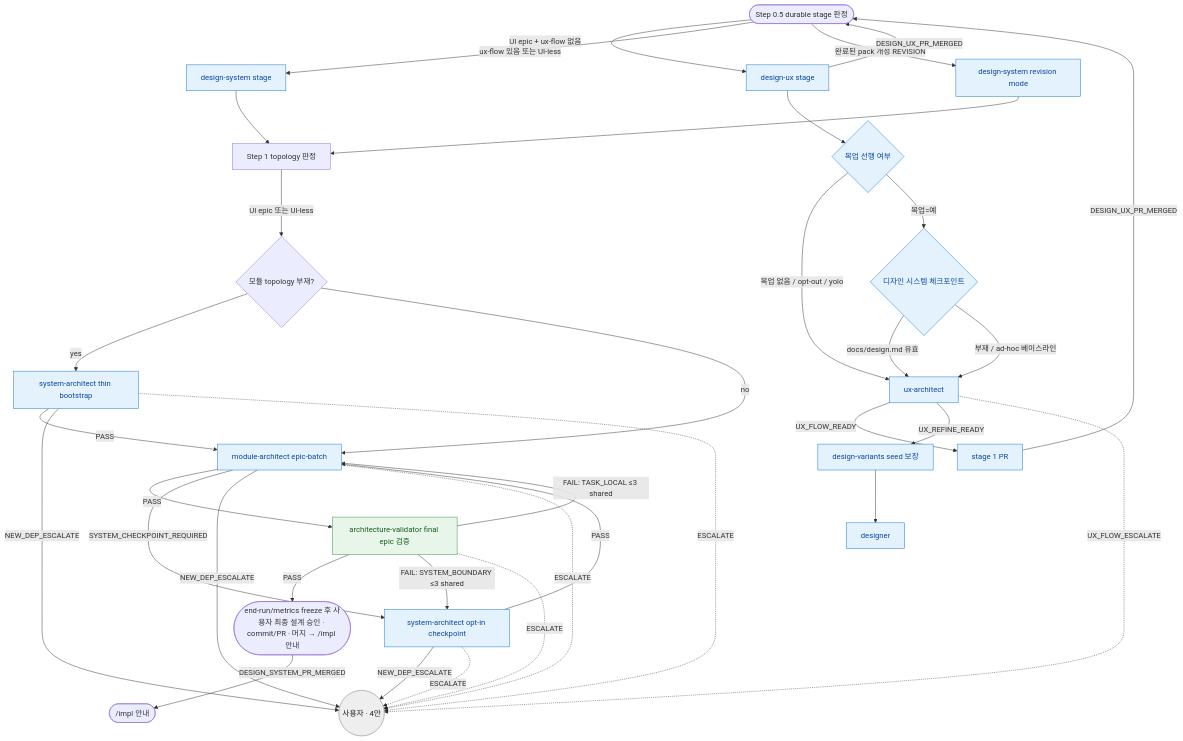
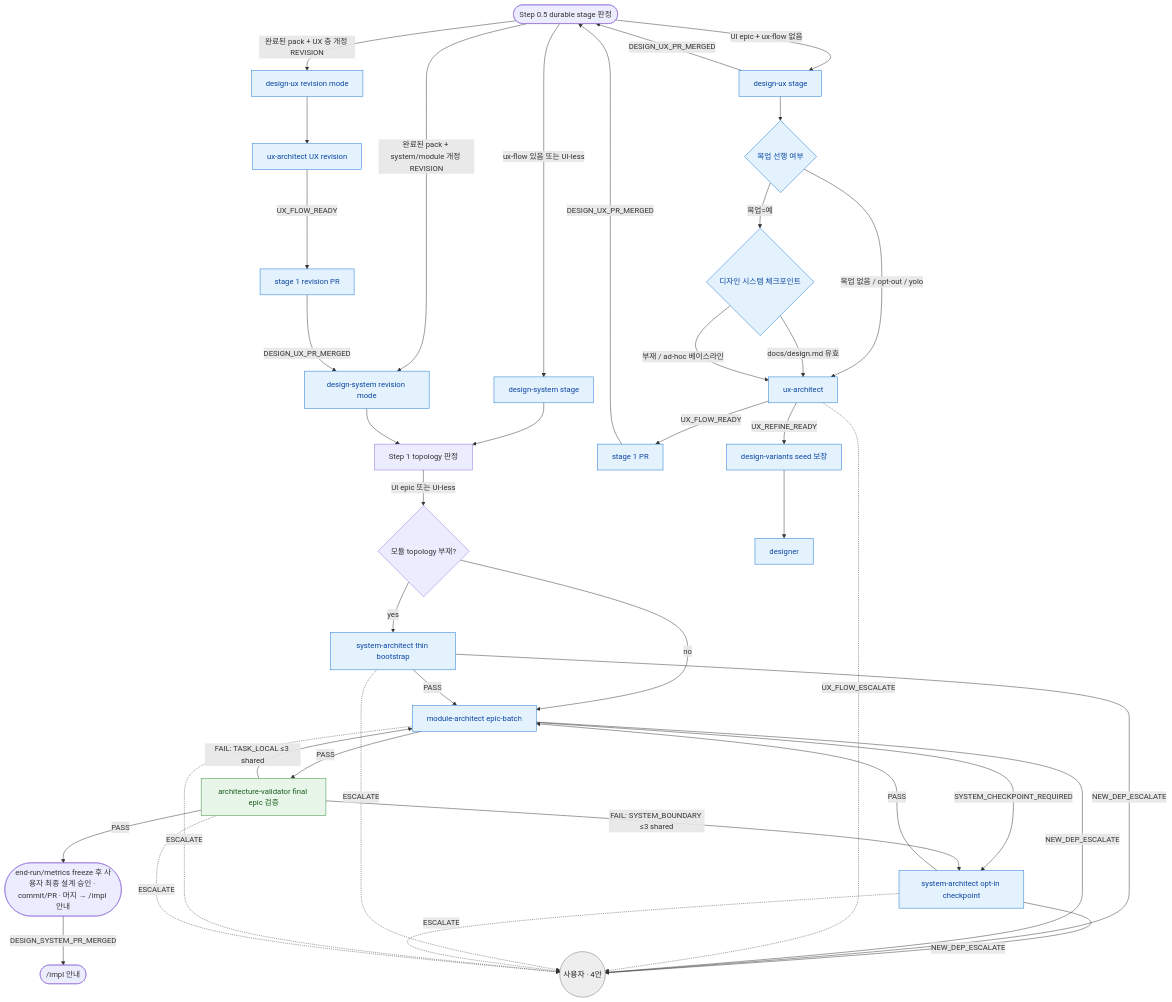
The diagram in skills/design/design-routing.md (Daeguk-Sun/dcNess), drawn with Mermaid before and after one commit. The commit also changed other lines of this file and 6 other files, not shown here.

````diff
--- a/skills/design/design-routing.md
+++ b/skills/design/design-routing.md
@@ -15,44 +15,48 @@
 ```mermaid
 flowchart TB
   START([Step 0.5 durable stage 판정]) -->|UI epic + ux-flow 없음| DUX[design-ux stage]
   START -->|ux-flow 있음 또는 UI-less| DSYS[design-system stage]
-  START -->|완료된 pack 개정 REVISION| DSYS_REV[design-system revision mode]
+  START -->|완료된 pack + UX 층 개정 REVISION| DUX_REV[design-ux revision mode]
+  START -->|완료된 pack + system/module 개정 REVISION| DSYS_REV[design-system revision mode]
   DUX -->|DESIGN_UX_PR_MERGED| START
+  DUX_REV --> UX_REV[ux-architect UX revision]
+  UX_REV -->|UX_FLOW_READY| UXPR_REV[stage 1 revision PR]
+  UXPR_REV -->|DESIGN_UX_PR_MERGED| DSYS_REV
   DSYS --> TOPO[Step 1 topology 판정]
   DSYS_REV --> TOPO
   TOPO -->|UI epic 또는 UI-less| BOOT{모듈 topology 부재?}
   DUX --> MU{목업 선행 여부}
   MU -->|목업 없음 / opt-out / yolo| UX[ux-architect]
   MU -->|목업=예| DSKIP{디자인 시스템 체크포인트}
   DSKIP -->|docs/design.md 유효| UX
   DSKIP -->|부재 / ad-hoc 베이스라인| UX
   UX -->|UX_FLOW_READY| UXPR[stage 1 PR]
   UXPR -->|DESIGN_UX_PR_MERGED| START
   UX -->|UX_REFINE_READY| SEED[design-variants seed 보장]
   SEED --> DS[designer]
   BOOT -->|yes| SA_BOOT[system-architect thin bootstrap]
   BOOT -->|no| MA_BATCH[module-architect epic-batch]
   SA_BOOT -->|PASS| MA_BATCH
   MA_BATCH -->|PASS| AV_FINAL[architecture-validator final epic 검증]
   MA_BATCH -->|SYSTEM_CHECKPOINT_REQUIRED| SA_CHECK[system-architect opt-in checkpoint]
   SA_CHECK -->|PASS| MA_BATCH
   AV_FINAL -->|PASS| M([end-run/metrics freeze 후 사용자 최종 설계 승인 · commit/PR · 머지 → /impl 안내])
   M -->|DESIGN_SYSTEM_PR_MERGED| DONE([/impl 안내])
   AV_FINAL -->|"FAIL: SYSTEM_BOUNDARY ≤3 shared"| SA_CHECK
   AV_FINAL -->|"FAIL: TASK_LOCAL ≤3 shared"| MA_BATCH
   SA_CHECK -->|NEW_DEP_ESCALATE| U((사용자 · 4안))
   SA_BOOT -->|NEW_DEP_ESCALATE| U
   MA_BATCH -->|NEW_DEP_ESCALATE| U
   UX -.->|UX_FLOW_ESCALATE| U
   SA_BOOT -.->|ESCALATE| U
   SA_CHECK -.->|ESCALATE| U
   MA_BATCH -.->|ESCALATE| U
   AV_FINAL -.->|ESCALATE| U
 
   classDef produce fill:#e3f2fd,stroke:#1976d2,color:#0d47a1
   classDef verify fill:#e8f5e9,stroke:#388e3c,color:#1b5e20
   classDef user fill:#eeeeee,stroke:#757575,color:#212121
-  class DUX,DSYS,DSYS_REV,UX,UXPR,SA_BOOT,SA_CHECK,DS,MA_BATCH,SEED,MU,DSKIP produce
+  class DUX,DUX_REV,DSYS,DSYS_REV,UX,UX_REV,UXPR,UXPR_REV,SA_BOOT,SA_CHECK,DS,MA_BATCH,SEED,MU,DSKIP produce
   class AV_FINAL verify
   class U user
 ```
````
